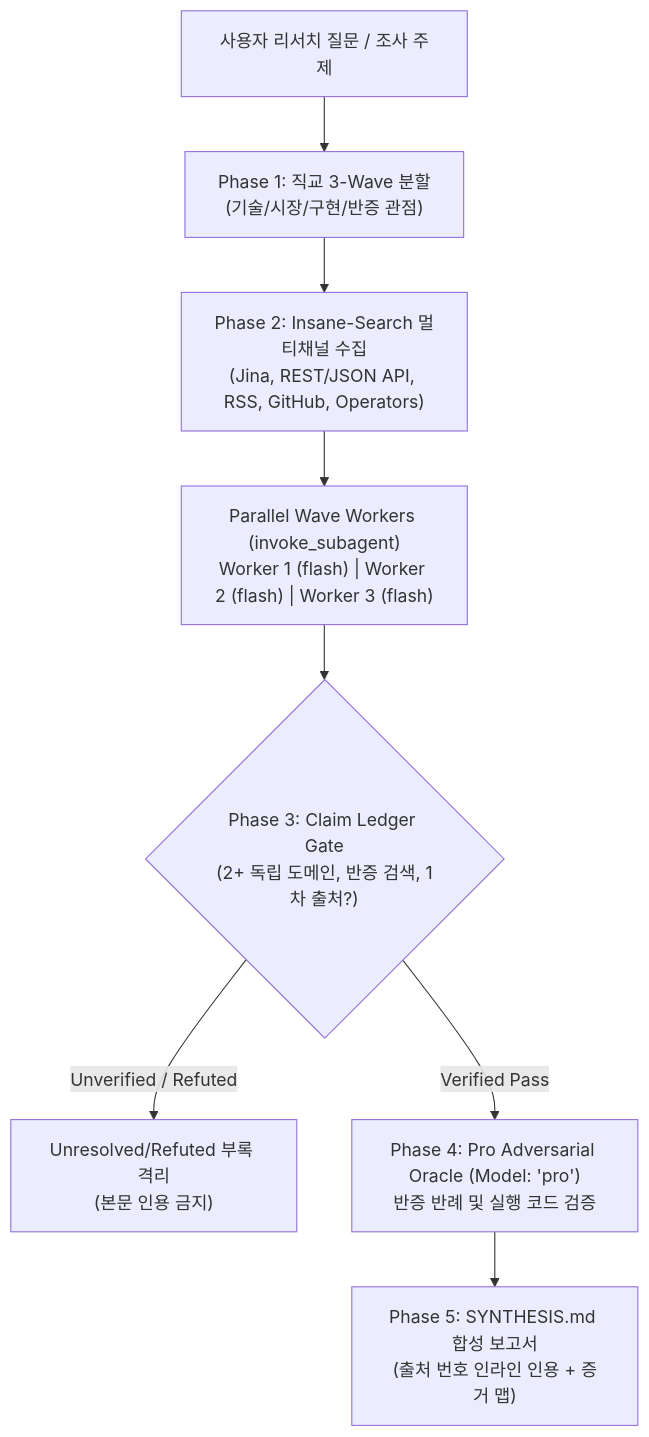
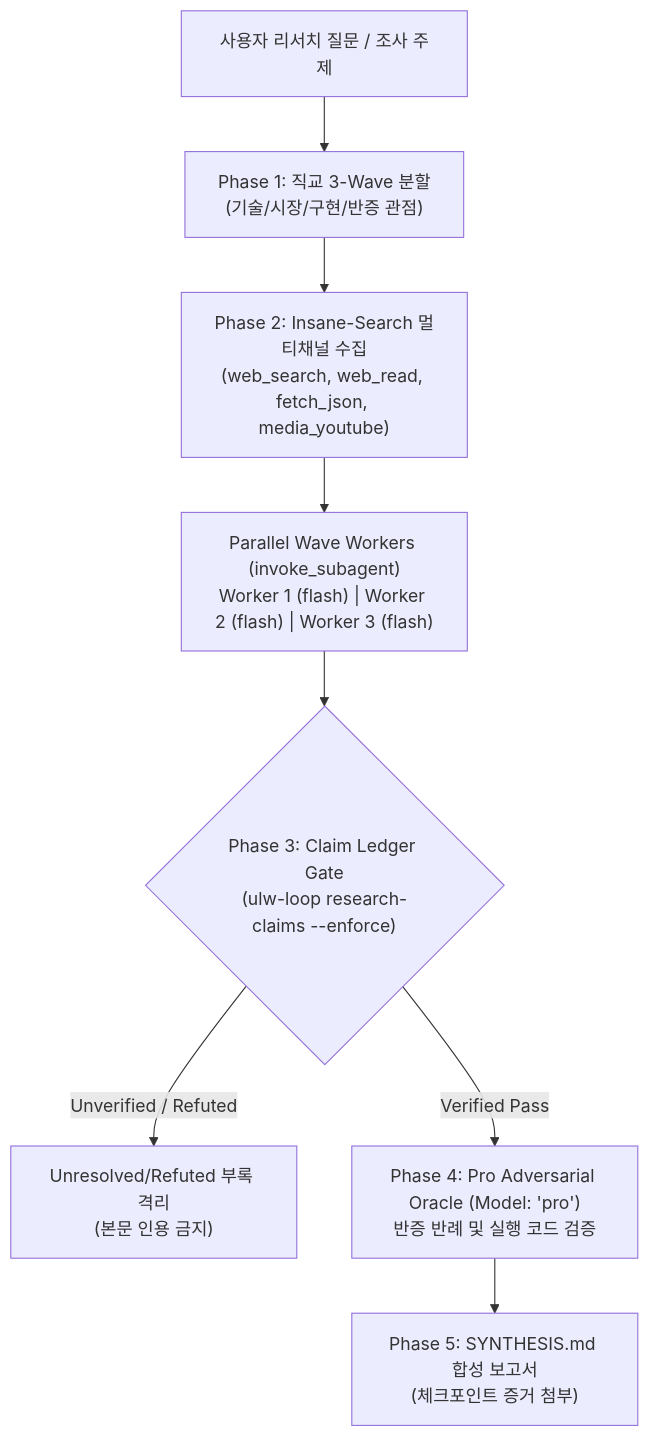
The diagram in components/ultrawork/skills/ulw-plan/references/ultra-research.md (daeryundf2-prog/LAZYANTIGRAVITY), drawn with Mermaid before and after one commit. The commit also changed other lines of this file and 2 other files, not shown here.

Commit message:
docs(skills): truth-align ultra-research

````diff
--- a/components/ultrawork/skills/ulw-plan/references/ultra-research.md
+++ b/components/ultrawork/skills/ulw-plan/references/ultra-research.md
@@ -10,10 +10,10 @@
 ```mermaid
 flowchart TD
     Query["사용자 리서치 질문 / 조사 주제"] --> Decomp["Phase 1: 직교 3-Wave 분할<br/>(기술/시장/구현/반증 관점)"]
-    Decomp --> Multi["Phase 2: Insane-Search 멀티채널 수집<br/>(Jina, REST/JSON API, RSS, GitHub, Operators)"]
+    Decomp --> Multi["Phase 2: Insane-Search 멀티채널 수집<br/>(web_search, web_read, fetch_json, media_youtube)"]
     Multi --> Parallel["Parallel Wave Workers (invoke_subagent)<br/>Worker 1 (flash) | Worker 2 (flash) | Worker 3 (flash)"]
-    Parallel --> Gate{"Phase 3: Claim Ledger Gate<br/>(2+ 독립 도메인, 반증 검색, 1차 출처?)"}
+    Parallel --> Gate{"Phase 3: Claim Ledger Gate<br/>(ulw-loop research-claims --enforce)"}
     Gate -- "Unverified / Refuted" --> Reject["Unresolved/Refuted 부록 격리<br/>(본문 인용 금지)"]
     Gate -- "Verified Pass" --> Oracle["Phase 4: Pro Adversarial Oracle (Model: 'pro')<br/>반증 반례 및 실행 코드 검증"]
-    Oracle --> Synth["Phase 5: SYNTHESIS.md 합성 보고서<br/>(출처 번호 인라인 인용 + 증거 맵)"]
+    Oracle --> Synth["Phase 5: SYNTHESIS.md 합성 보고서<br/>(체크포인트 증거 첨부)"]
 ```
````
